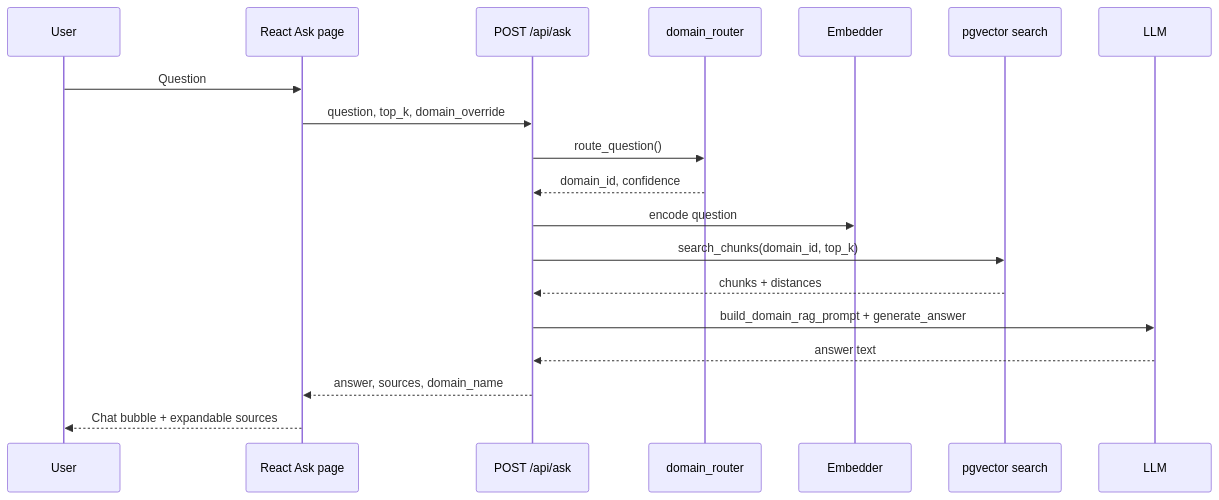
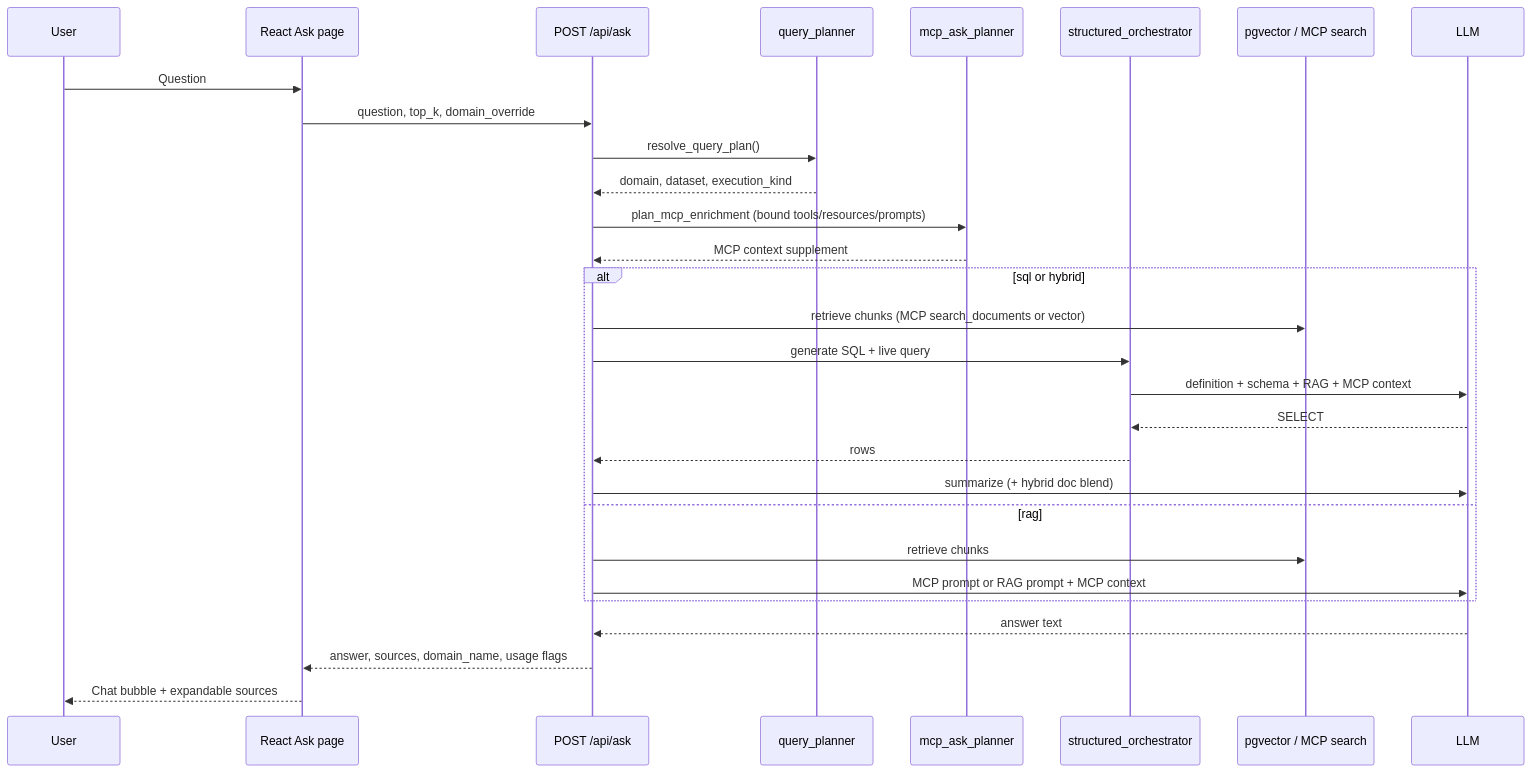
One commit to siva18k/datapro_ai changed the third of 4 diagrams in docs/architecture.md. Above: the diagram before and after it, drawn with Mermaid. The commit also changed other lines of this file and 53 other files, not shown here.

````diff
--- a/docs/architecture.md
+++ b/docs/architecture.md
@@ -147,22 +147,32 @@
 ```mermaid
 sequenceDiagram
     participant U as User
     participant W as React Ask page
     participant A as POST /api/ask
-    participant R as domain_router
-    participant E as Embedder
-    participant V as pgvector search
+    participant P as query_planner
+    participant M as mcp_ask_planner
+    participant S as structured_orchestrator
+    participant V as pgvector / MCP search
     participant L as LLM
 
     U->>W: Question
     W->>A: question, top_k, domain_override
-    A->>R: route_question()
-    R-->>A: domain_id, confidence
-    A->>E: encode question
-    A->>V: search_chunks(domain_id, top_k)
-    V-->>A: chunks + distances
-    A->>L: build_domain_rag_prompt + generate_answer
+    A->>P: resolve_query_plan()
+    P-->>A: domain, dataset, execution_kind
+    A->>M: plan_mcp_enrichment (bound tools/resources/prompts)
+    M-->>A: MCP context supplement
+    alt sql or hybrid
+        A->>V: retrieve chunks (MCP search_documents or vector)
+        A->>S: generate SQL + live query
+        S->>L: definition + schema + RAG + MCP context
+        L-->>S: SELECT
+        S-->>A: rows
+        A->>L: summarize (+ hybrid doc blend)
+    else rag
+        A->>V: retrieve chunks
+        A->>L: MCP prompt or RAG prompt + MCP context
+    end
     L-->>A: answer text
-    A-->>W: answer, sources, domain_name
+    A-->>W: answer, sources, domain_name, usage flags
     W-->>U: Chat bubble + expandable sources
 ```
````
